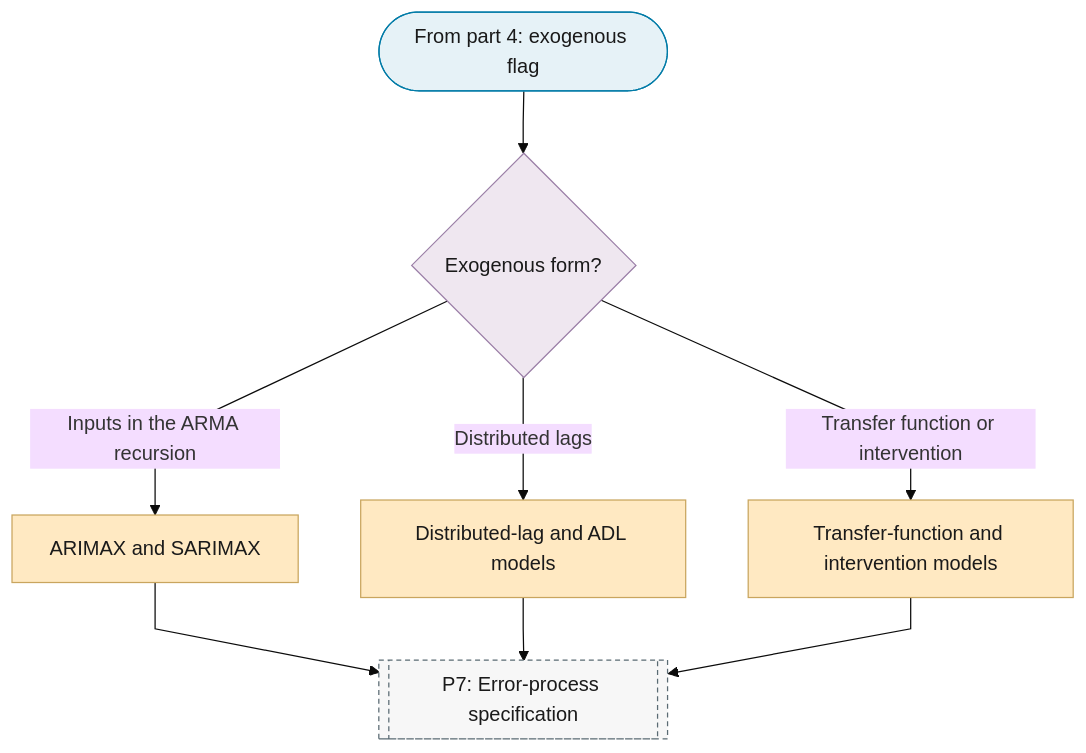
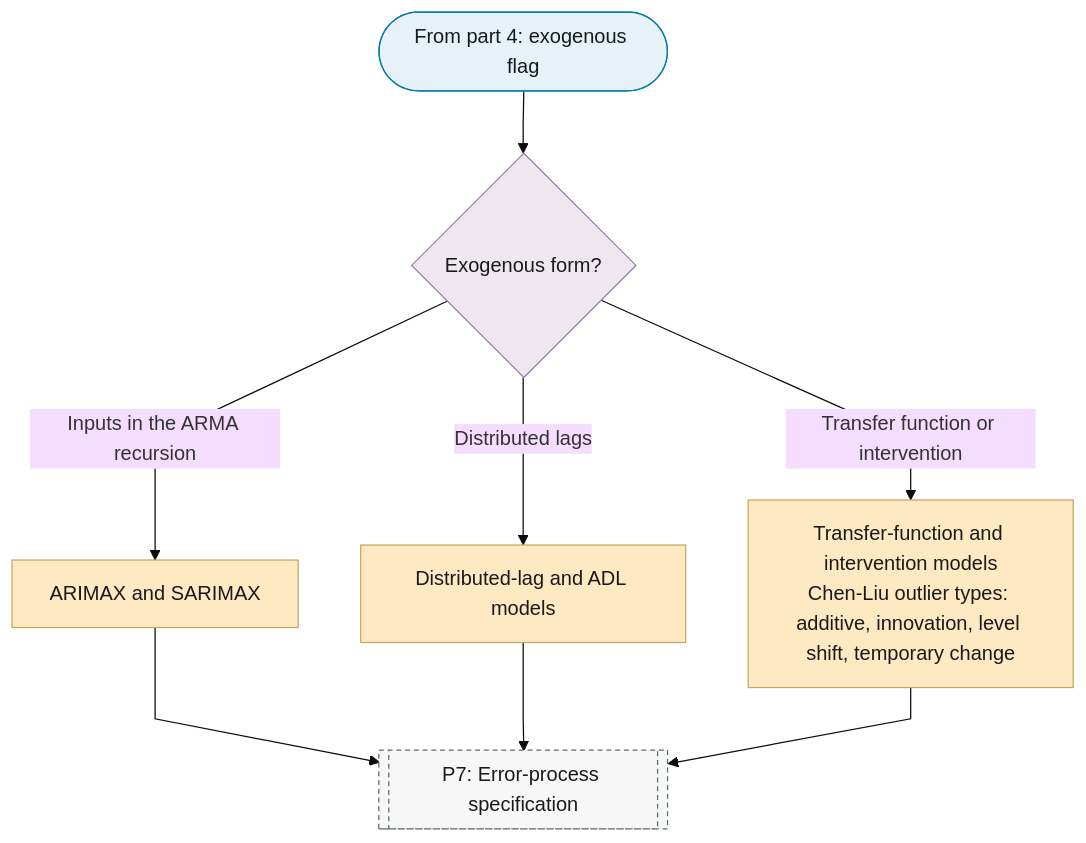
Before and after one commit to Shuxin-Y/time-series-analysis-manual: the fifth of 10 diagrams in docs/01-workflow/p06-mean-model-class.md, drawn with Mermaid (base theme). The commit also changed other lines of this file and 6 other files, not shown here.

````diff
--- a/docs/01-workflow/p06-mean-model-class.md
+++ b/docs/01-workflow/p06-mean-model-class.md
@@ -141,21 +141,21 @@
 ```mermaid
 %%{init: {"flowchart": {"curve": "linear"}}}%%
 graph TD
     P6_PART_5_IN(["From part 4: exogenous flag"]) --> P6_EXOG_FORM{"Exogenous form?"}
     P6_EXOG_FORM -->|"Inputs in the ARMA recursion"| P6_ARIMAX["ARIMAX and SARIMAX"]
     P6_EXOG_FORM -->|"Distributed lags"| P6_DYNAMIC_REGRESSION["Distributed-lag and ADL models"]
-    P6_EXOG_FORM -->|"Transfer function or intervention"| P6_TRANSFER_FUNCTION["Transfer-function and intervention models"]
+    P6_EXOG_FORM -->|"Transfer function or intervention"| P6_TRANSFER_FUNCTION["Transfer-function and intervention models<br/>Chen-Liu outlier types: additive, innovation, level shift, temporary change"]
     P6_ARIMAX & P6_DYNAMIC_REGRESSION & P6_TRANSFER_FUNCTION --> P7[["P7: Error-process specification"]]
     class P6_ARIMAX,P6_DYNAMIC_REGRESSION,P6_TRANSFER_FUNCTION escalate
     class P6_PART_5_IN terminator
     class P6_EXOG_FORM decision
     class P7 ref
     classDef terminator fill:#E6F2F7,stroke:#007BA7,color:#1A1A1A;
     classDef process fill:#FFFFFF,stroke:#5A6B73,color:#1A1A1A;
     classDef decision fill:#EFE7F0,stroke:#9B7FA7,color:#1A1A1A;
     classDef data fill:#FFF4E0,stroke:#C9A55E,color:#1A1A1A;
     classDef good fill:#DCEFD8,stroke:#4A7A3F,color:#1A1A1A;
     classDef escalate fill:#FFE9C2,stroke:#C9A55E,color:#1A1A1A;
     classDef problem fill:#F2D9DE,stroke:#800020,color:#1A1A1A;
     classDef ref fill:#F7F7F7,stroke:#5A6B73,color:#1A1A1A,stroke-dasharray:4 3;
 ```
````
